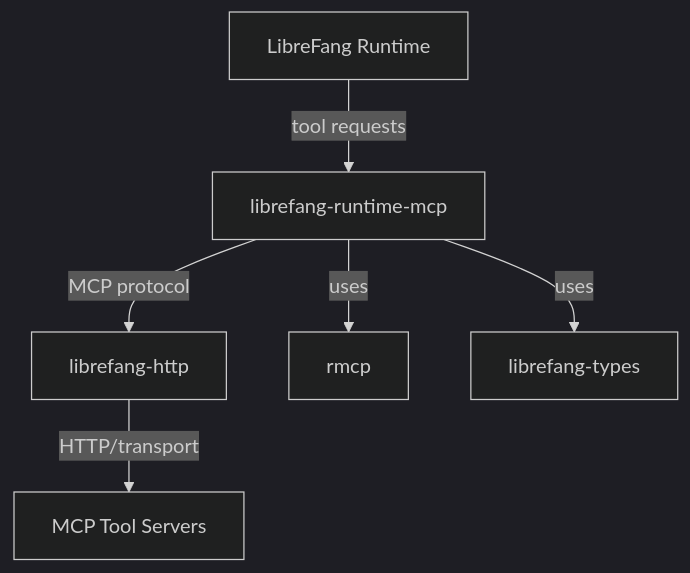
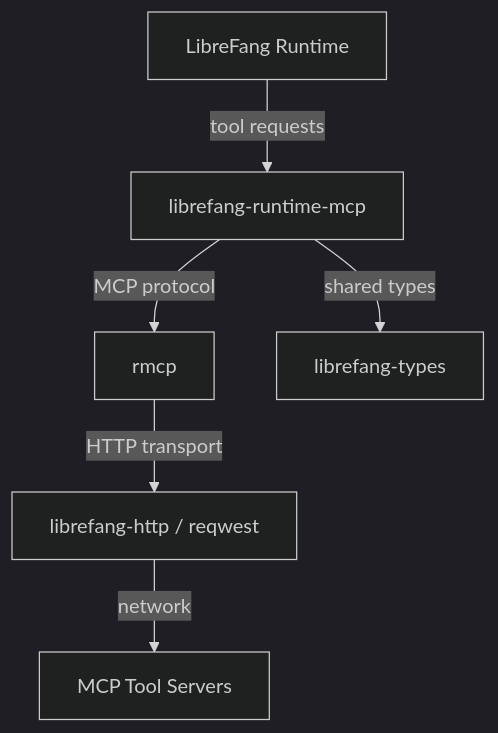
One commit to leszek3737/librefang-WIki changed the diagram in other-librefang-runtime-mcp.md. Above: the diagram before and after it, drawn with Mermaid (dark theme). The commit also changed other lines of this file and 98 other files, not shown here.

````diff
--- a/other-librefang-runtime-mcp.md
+++ b/other-librefang-runtime-mcp.md
@@ -30,8 +37,8 @@
 ```mermaid
 graph TD
     A[LibreFang Runtime] -->|tool requests| B[librefang-runtime-mcp]
-    B -->|MCP protocol| C[librefang-http]
-    C -->|HTTP/transport| D[MCP Tool Servers]
-    B -->|uses| E[rmcp]
-    B -->|uses| F[librefang-types]
+    B -->|MCP protocol| C[rmcp]
+    C -->|HTTP transport| D[librefang-http / reqwest]
+    D -->|network| E[MCP Tool Servers]
+    B -->|shared types| F[librefang-types]
 ```
````
